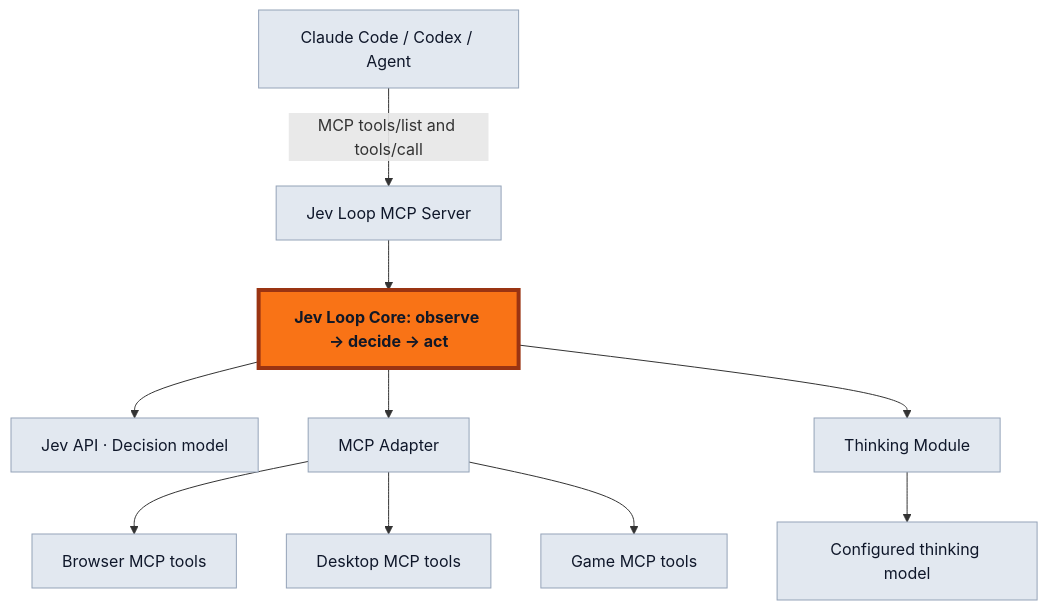
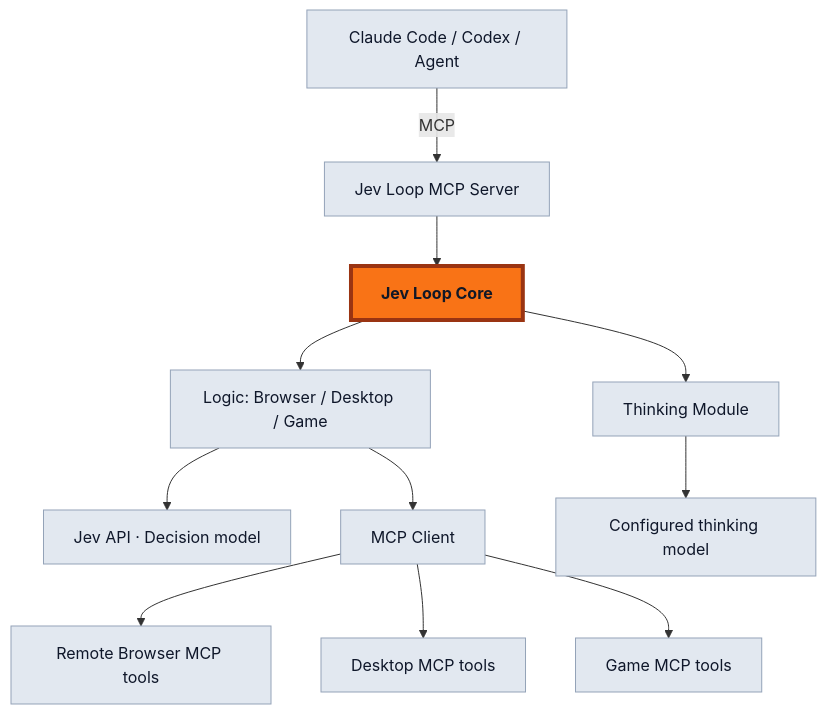
One commit to 0xMaxMa/jev-loop changed the diagram in README.md. Above: the diagram before and after it, drawn with Mermaid. The commit also changed other lines of this file and 11 other files, not shown here.

Commit message:
refactor: own browser decision logic and MCP logic dispatch in Jev Loop

````diff
--- a/README.md
+++ b/README.md
@@ -7,16 +7,17 @@
 ```mermaid
 flowchart TD
-    A[Claude Code / Codex / Agent] -->|MCP tools/list and tools/call| S[Jev Loop MCP Server]
-    S --> C[Jev Loop Core: observe → decide → act]
-    C --> J[Jev API · Decision model]
-    C --> D[MCP Adapter]
-    D --> B[Browser MCP tools]
-    D --> P[Desktop MCP tools]
-    D --> G[Game MCP tools]
+    A[Claude Code / Codex / Agent] -->|MCP| S[Jev Loop MCP Server]
+    S --> C[Jev Loop Core]
+    C --> L[Logic: Browser / Desktop / Game]
+    L --> J[Jev API · Decision model]
     C --> T[Thinking Module]
     T --> M[Configured thinking model]
+    L --> P[MCP Client]
+    P --> B[Remote Browser MCP tools]
+    P --> D[Desktop MCP tools]
+    P --> G[Game MCP tools]
     classDef core fill:#f97316,stroke:#9a3412,stroke-width:4px,color:#111827,font-weight:bold;
     classDef supporting fill:#e2e8f0,stroke:#94a3b8,color:#0f172a;
     class C core;
-    class A,S,J,D,B,P,G,T,M supporting;
+    class A,S,L,J,T,M,P,B,D,G supporting;
 ```
````
